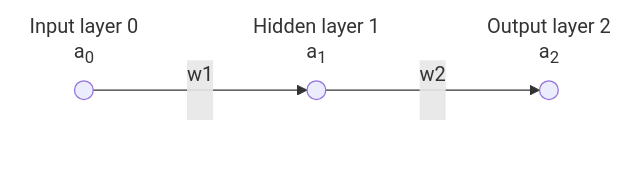
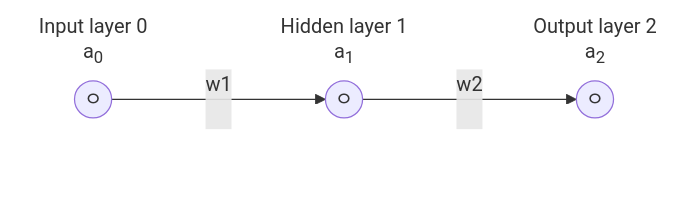
The diagram in dev-notes.md (MadLittleMods/zig-ocr-neural-network), drawn with Mermaid before and after one commit. The commit also changed other lines of this file and 2 other files, not shown here.

````diff
--- a/dev-notes.md
+++ b/dev-notes.md
@@ -21,34 +38,34 @@
 ```mermaid
 flowchart LR
     subgraph layer0[Input layer 0]
         subgraph groupLabel0[a<sub>0</sub>]
-            l0_0(( ))
+            l0_0((ㅇ))
         end
     end
 
     subgraph layer1[Hidden layer 1]
         subgraph groupLabel1[a<sub>1</sub>]
-            l1_0(( ))
+            l1_0((ㅇ))
         end
     end
 
     subgraph layer2[Output layer 2]
         subgraph groupLabel2[a<sub>2</sub>]
-            l2_0(( ))
+            l2_0((ㅇ))
         end
     end
 
     l0_0 -- w1<br><br> --> l1_0 -- w2<br><br> --> l2_0
 
 
 classDef layerGroup stroke:none,fill:none
 classDef groupLabel stroke:none,fill:none
 
 class layer0 layerGroup
 class layer1 layerGroup
 class layer2 layerGroup
 
 class groupLabel0 layerGroup
 class groupLabel1 layerGroup
 class groupLabel2 layerGroup
 ```
````
